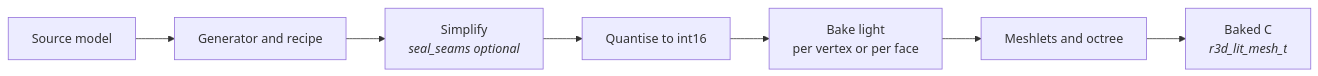
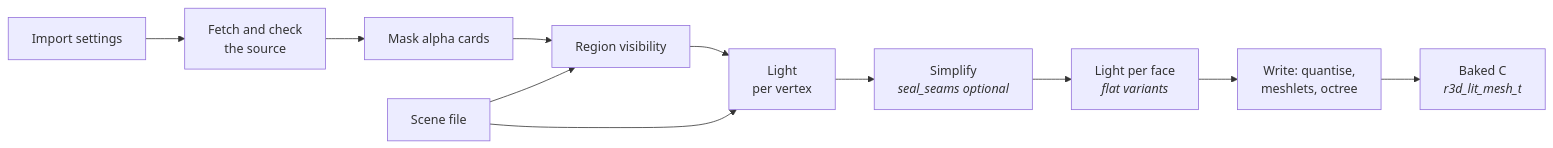
One commit to jose-villegas/autana changed the first of 2 diagrams in docs/Mesh-Import.md. Above: the diagram before and after it, drawn with Mermaid. The commit also changed other lines of this file and 24 other files, not shown here.

Commit message:
r3d: a settings-driven mesh importer replaces gen_sponza

````diff
--- a/docs/Mesh-Import.md
+++ b/docs/Mesh-Import.md
@@ -7,9 +7,13 @@
 ```mermaid
 flowchart LR
-    Source[Source model] --> Gen[Generator and recipe]
-    Gen --> Simp["Simplify<br/><i>seal_seams optional</i>"]
-    Simp --> Quant[Quantise to int16]
-    Quant --> Light["Bake light<br/>per vertex or per face"]
-    Light --> Meshlets[Meshlets and octree]
-    Meshlets --> C["Baked C<br/><i>r3d_lit_mesh_t</i>"]
+    Settings[Import settings] --> Fetch["Fetch and check<br/>the source"]
+    Fetch --> Mask[Mask alpha cards]
+    Mask --> Vis[Region visibility]
+    Scene[Scene file] --> Vis
+    Vis --> Light["Light<br/>per vertex"]
+    Scene --> Light
+    Light --> Simp["Simplify<br/><i>seal_seams optional</i>"]
+    Simp --> Face["Light per face<br/><i>flat variants</i>"]
+    Face --> Write["Write: quantise,<br/>meshlets, octree"]
+    Write --> C["Baked C<br/><i>r3d_lit_mesh_t</i>"]
 ```
````
